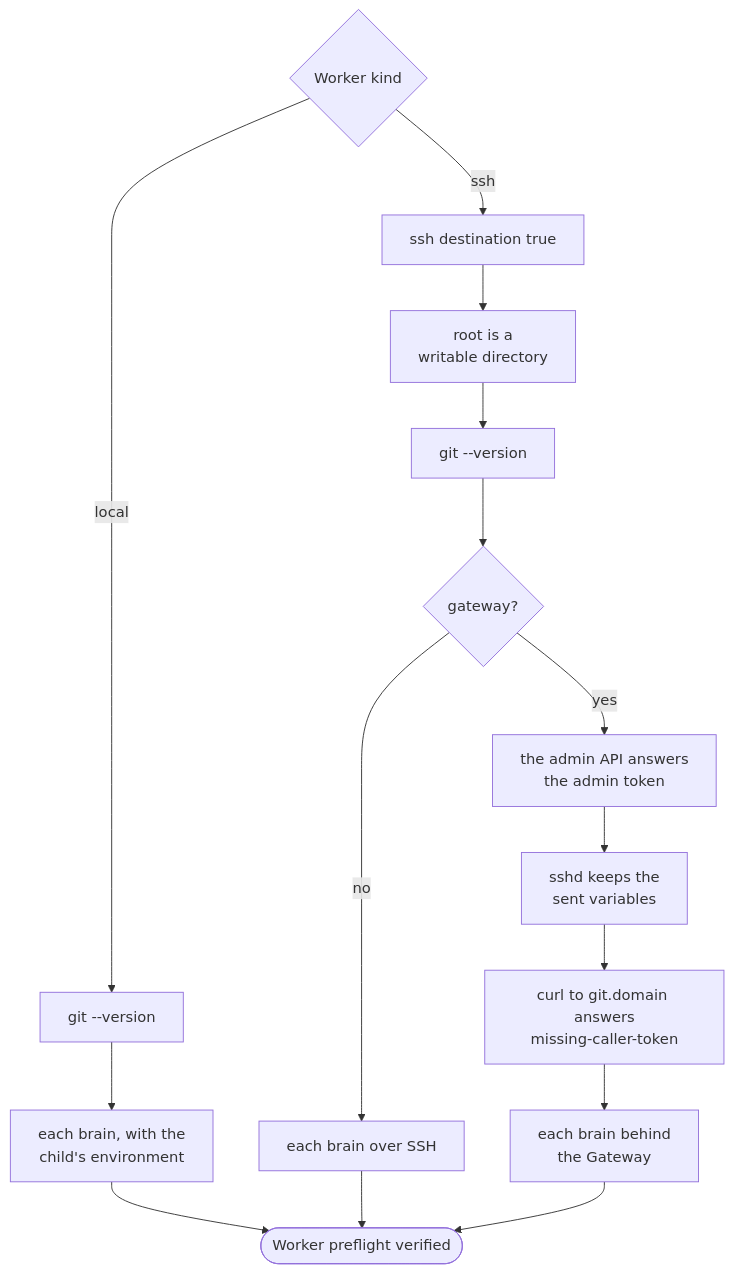
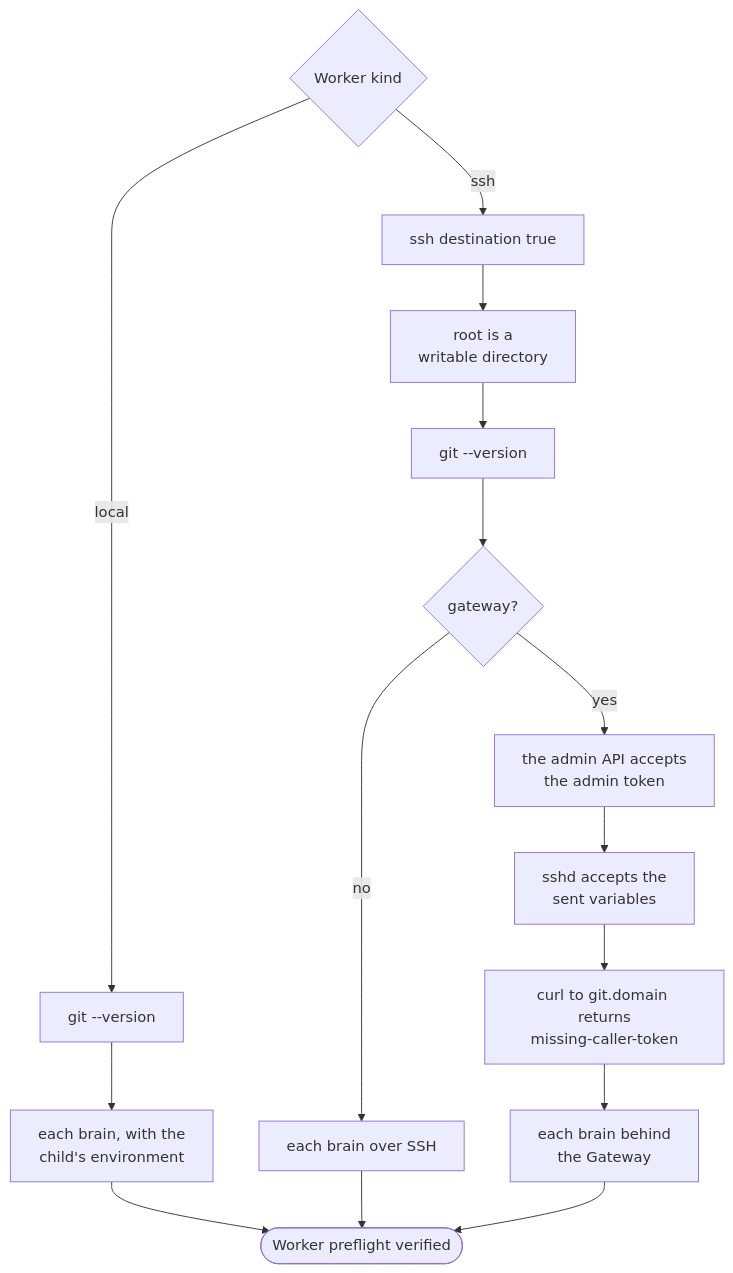
One commit to basaltbytes/usine changed the second of 9 diagrams in apps/docs/src/content/docs/architecture/workers-and-gateway.mdx. Above: the diagram before and after it, drawn with Mermaid. The commit also changed other lines of this file and 7 other files, not shown here.

First line of the commit message:
docs(architecture): rewrite convoluted sentences in plain terms

````diff
--- a/apps/docs/src/content/docs/architecture/workers-and-gateway.mdx
+++ b/apps/docs/src/content/docs/architecture/workers-and-gateway.mdx
@@ -143,17 +143,17 @@
 ```mermaid
 flowchart TD
   kind{"Worker kind"} -->|local| lgit["git --version"]
   lgit --> lbrain["each brain, with the<br/>child's environment"]
   kind -->|ssh| connect["ssh destination true"]
   connect --> root["root is a<br/>writable directory"]
   root --> sgit["git --version"]
   sgit --> gw{"gateway?"}
   gw -->|no| sbrain["each brain over SSH"]
-  gw -->|yes| admin["the admin API answers<br/>the admin token"]
-  admin --> sent["sshd keeps the<br/>sent variables"]
-  sent --> curl["curl to git.domain answers<br/>missing-caller-token"]
+  gw -->|yes| admin["the admin API accepts<br/>the admin token"]
+  admin --> sent["sshd accepts the<br/>sent variables"]
+  sent --> curl["curl to git.domain returns<br/>missing-caller-token"]
   curl --> gbrain["each brain behind<br/>the Gateway"]
   lbrain --> ok(["Worker preflight verified"])
   sbrain --> ok
   gbrain --> ok
 ```
````
